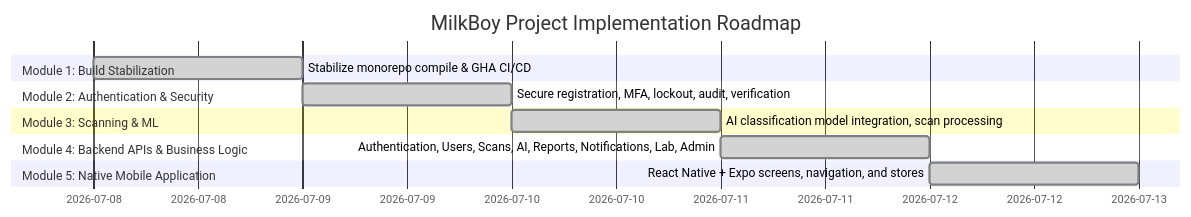
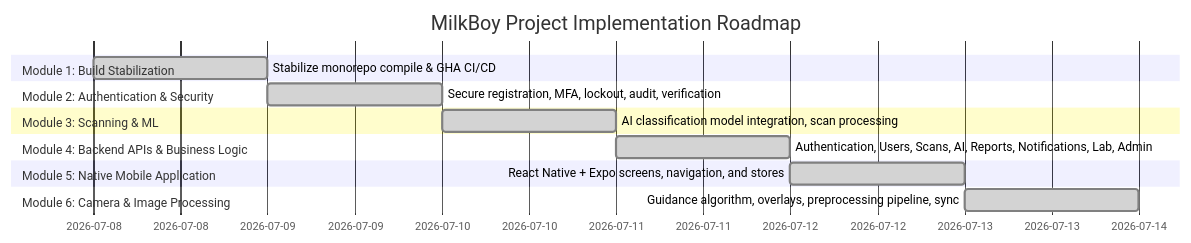
One commit to Thirumal143200/MILKY-BAR changed the diagram in PROJECT_STATUS.md. Above: the diagram before and after it, drawn with Mermaid. The commit also changed other lines of this file and 47 other files, not shown here.

Commit message:
feat: implement Module 6 intelligent camera feedback, preprocessing pipeline, sync queue, and clean lint/type compiler issues

````diff
--- a/PROJECT_STATUS.md
+++ b/PROJECT_STATUS.md
@@ -9,15 +9,17 @@
 ```mermaid
 gantt
     title MilkBoy Project Implementation Roadmap
     dateFormat  YYYY-MM-DD
     section Module 1: Build Stabilization
     Stabilize monorepo compile & GHA CI/CD   :done, 2026-07-08, 2026-07-09
     section Module 2: Authentication & Security
     Secure registration, MFA, lockout, audit, verification :done, 2026-07-09, 2026-07-10
     section Module 3: Scanning & ML
     AI classification model integration, scan processing :done, 2026-07-10, 2026-07-11
     section Module 4: Backend APIs & Business Logic
     Authentication, Users, Scans, AI, Reports, Notifications, Lab, Admin :done, 2026-07-11, 2026-07-12
     section Module 5: Native Mobile Application
     React Native + Expo screens, navigation, and stores :done, 2026-07-12, 2026-07-13
+    section Module 6: Camera & Image Processing
+    Guidance algorithm, overlays, preprocessing pipeline, sync :done, 2026-07-13, 2026-07-14
 ```
````
